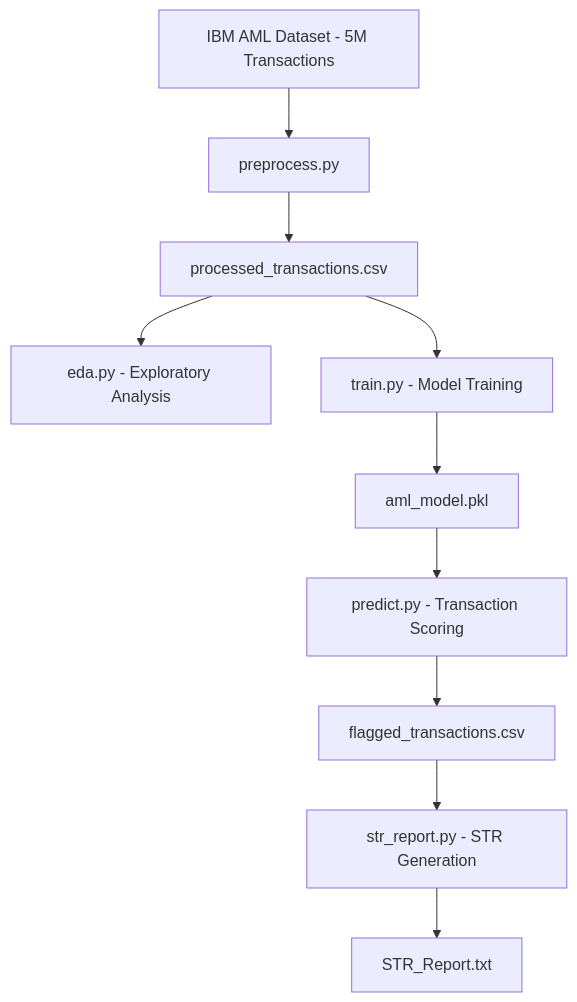
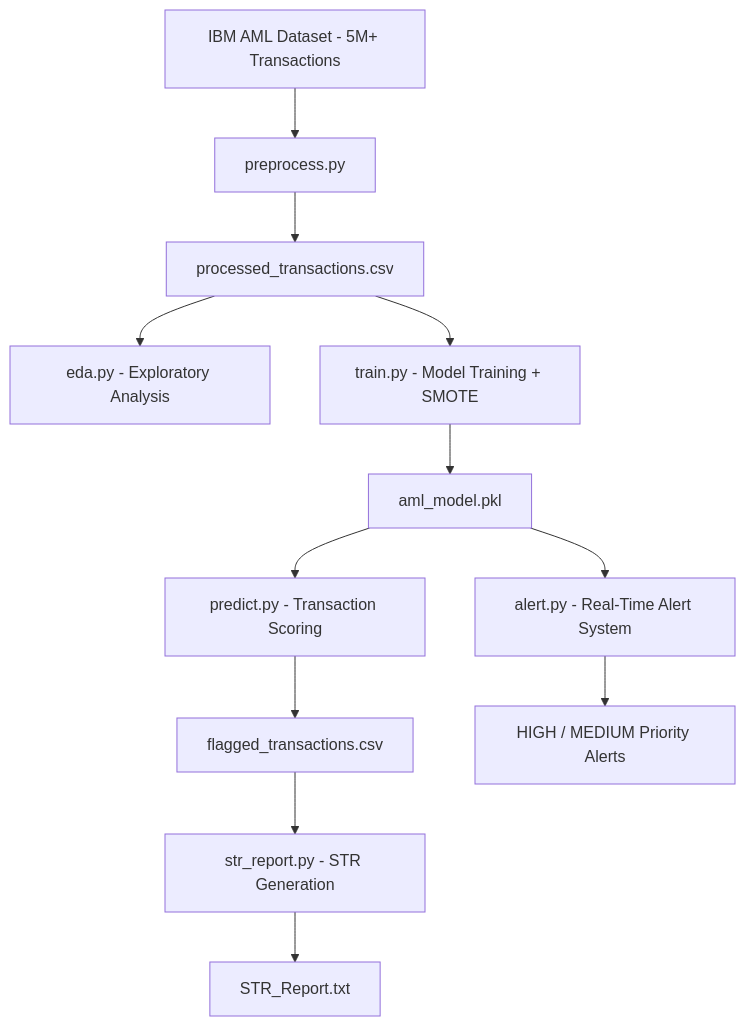
The diagram in README.md (siddhant9121/SentinelAML), drawn with Mermaid before and after one commit. The commit also changed other lines of this file, not shown here.

````diff
--- a/README.md
+++ b/README.md
@@ -34,12 +38,14 @@
 ```mermaid
 graph TD;
-    A[IBM AML Dataset - 5M Transactions] --> B[preprocess.py];
+    A[IBM AML Dataset - 5M+ Transactions] --> B[preprocess.py];
     B --> C[processed_transactions.csv];
     C --> D[eda.py - Exploratory Analysis];
-    C --> E[train.py - Model Training];
+    C --> E[train.py - Model Training + SMOTE];
     E --> F[aml_model.pkl];
     F --> G[predict.py - Transaction Scoring];
     G --> H[flagged_transactions.csv];
     H --> I[str_report.py - STR Generation];
     I --> J[STR_Report.txt];
+    F --> K[alert.py - Real-Time Alert System];
+    K --> L[HIGH / MEDIUM Priority Alerts];
 ```
````
